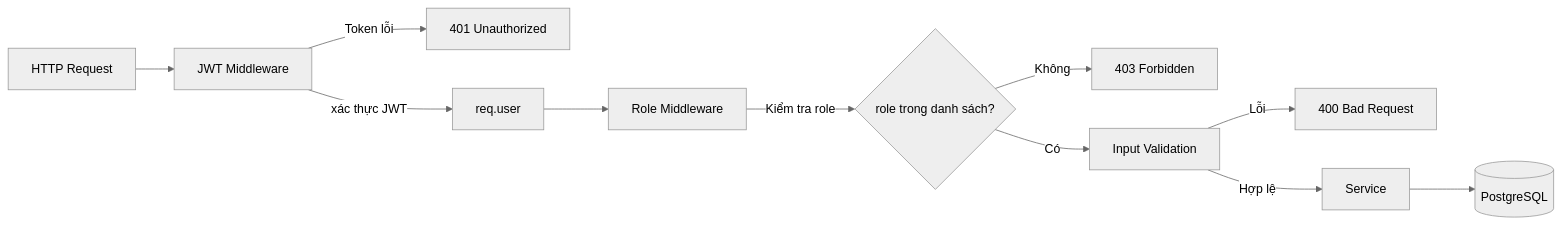
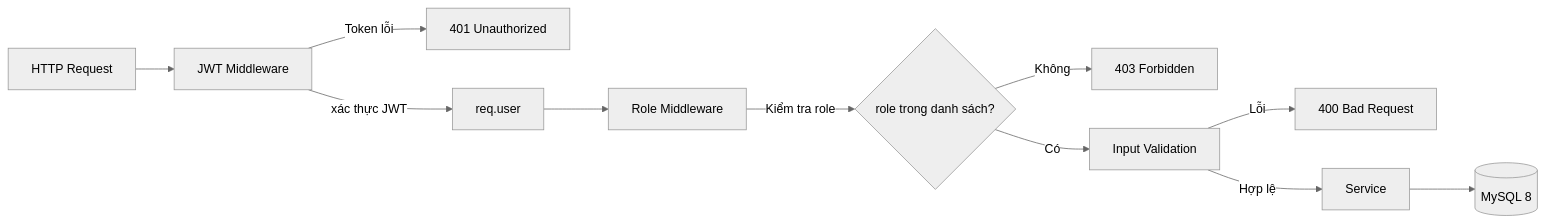
One commit to nghiaxh/hr-management changed the sixth of 24 diagrams in docs/SDD.md. Above: the diagram before and after it, drawn with Mermaid (neutral theme). The commit also changed other lines of this file and 4 other files, not shown here.

````diff
--- a/docs/SDD.md
+++ b/docs/SDD.md
@@ -505,13 +506,13 @@
 ```mermaid
 graph LR
     REQ[HTTP Request] --> AUTH[JWT Middleware]
     AUTH -->|xác thực JWT| REQUSER[req.user]
     REQUSER --> ROLES[Role Middleware]
     ROLES -->|Kiểm tra role| CHECK{role trong danh sách?}
     CHECK -->|Có| VAL[Input Validation]
     CHECK -->|Không| 403[403 Forbidden]
     AUTH -->|Token lỗi| 401[401 Unauthorized]
     VAL -->|Hợp lệ| SRV[Service]
     VAL -->|Lỗi| 400[400 Bad Request]
-    SRV --> DB[(PostgreSQL)]
+    SRV --> DB[(MySQL 8)]
 ```
````
